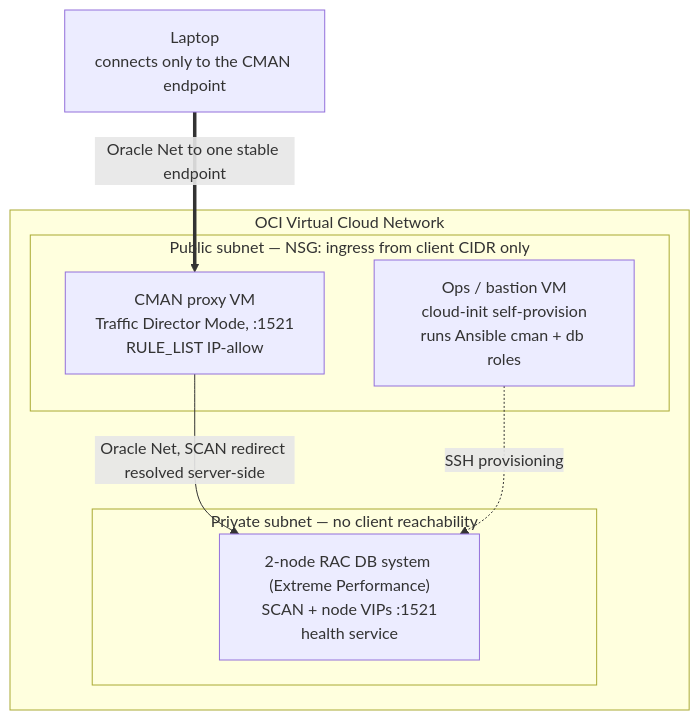
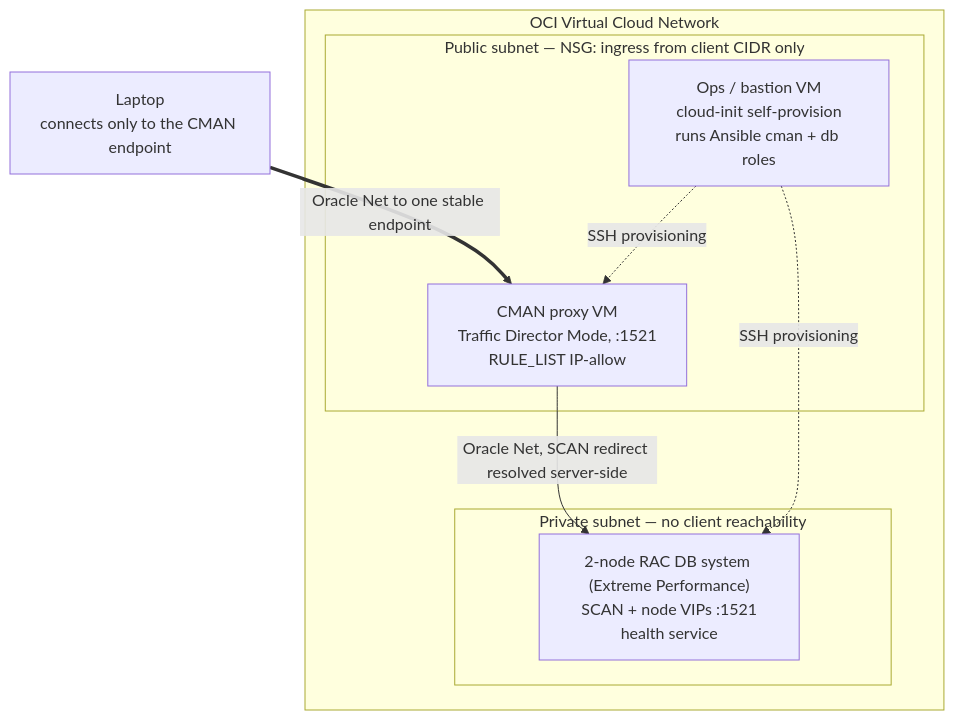
One commit to vmleon/oracle-database-cman changed the diagram in README.md. Above: the diagram before and after it, drawn with Mermaid. The commit also changed other lines of this file and 7 other files, not shown here.

````diff
--- a/README.md
+++ b/README.md
@@ -9,16 +39,17 @@
 ```mermaid
 flowchart TB
     Laptop["Laptop<br/>connects only to the CMAN endpoint"]
     subgraph VCN["OCI Virtual Cloud Network"]
         subgraph PUB["Public subnet — NSG: ingress from client CIDR only"]
             CMAN["CMAN proxy VM<br/>Traffic Director Mode, :1521<br/>RULE_LIST IP-allow"]
             OPS["Ops / bastion VM<br/>cloud-init self-provision<br/>runs Ansible cman + db roles"]
         end
         subgraph PRIV["Private subnet — no client reachability"]
             RAC["2-node RAC DB system (Extreme Performance)<br/>SCAN + node VIPs :1521<br/>health service"]
         end
     end
     Laptop ==>|"Oracle Net to one stable endpoint"| CMAN
     CMAN -->|"Oracle Net, SCAN redirect resolved server-side"| RAC
     OPS -. "SSH provisioning" .-> RAC
+    OPS -. "SSH provisioning" .-> CMAN
 ```
````
